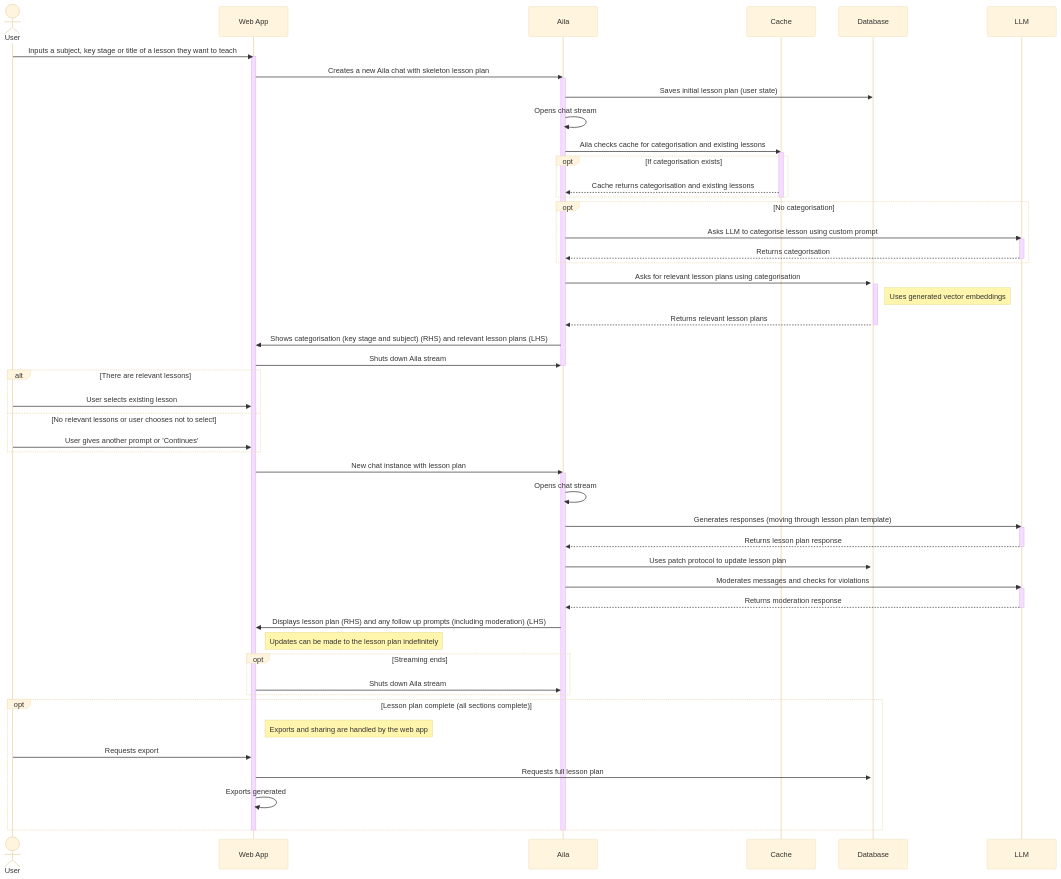
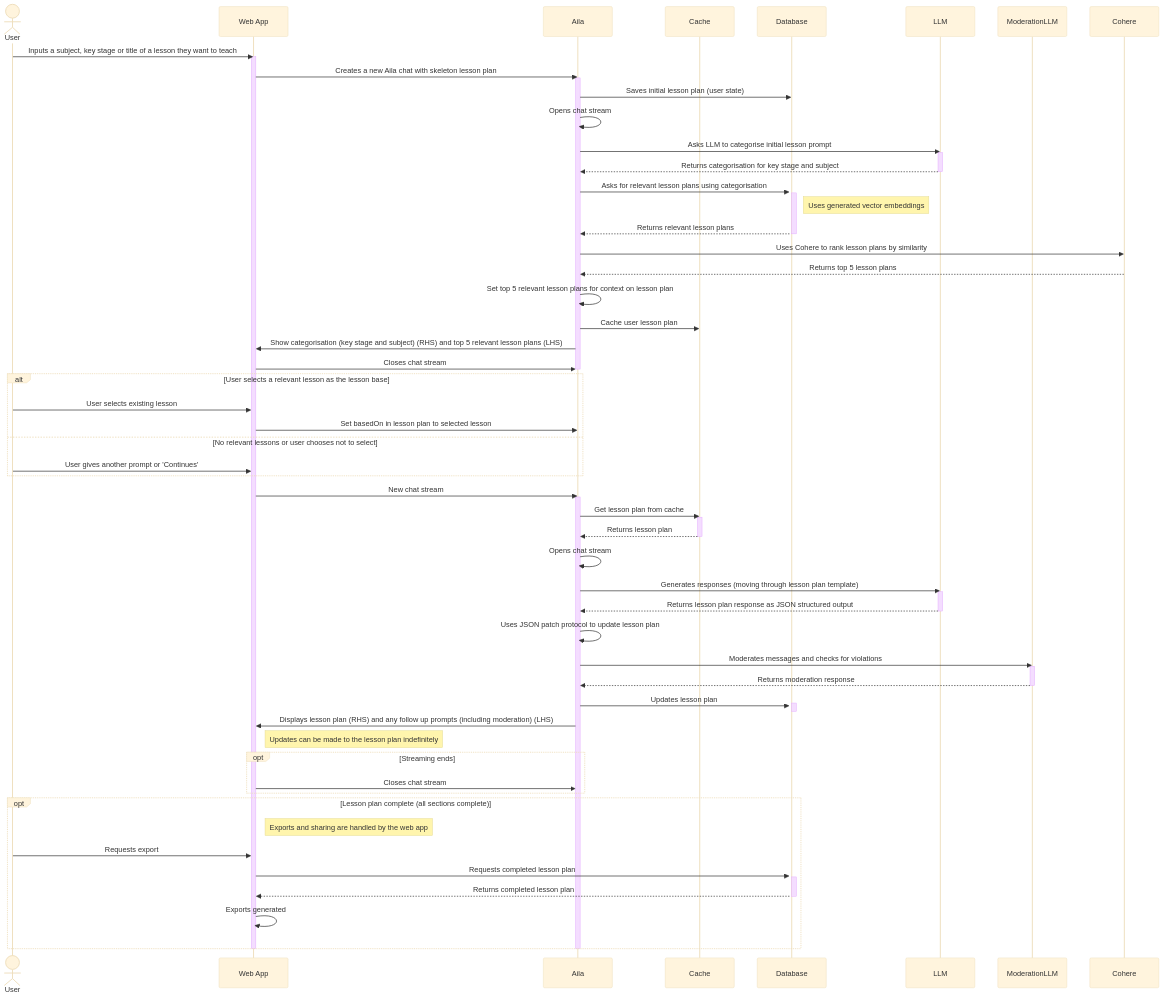
Before and after one commit to oaknational/oak-ai-lesson-assistant: the diagram in docs/diagrams/chat-sequence.md, drawn with Mermaid (base theme).

Commit message:
docs: update chat sequence diagram (#198)

````diff
--- a/docs/diagrams/chat-sequence.md
+++ b/docs/diagrams/chat-sequence.md
@@ -3,69 +3,76 @@
 ```mermaid
 	sequenceDiagram
 		actor User
 		participant Web App
 		participant Aila
 		participant Cache
 		participant db as Database
 		participant LLM
+        participant mod as ModerationLLM
+        participant Cohere
 
 	User->>Web App: Inputs a subject, key stage or title of a lesson they want to teach
 	activate Web App
 	Web App->>Aila: Creates a new Aila chat with skeleton lesson plan
 	activate Aila
 	Aila->>db: Saves initial lesson plan (user state)
 	Aila->>Aila: Opens chat stream
 	activate db
-	Aila->>Cache: Aila checks cache for categorisation and existing lessons
-	activate Cache
-	opt If categorisation exists
-	Cache-->>Aila: Cache returns categorisation and existing lessons
-	end
-	deactivate Cache
-	opt No categorisation
-		Aila->>LLM: Asks LLM to categorise lesson using custom prompt
-		activate LLM
-		LLM-->>Aila: Returns categorisation
-		deactivate LLM
-	end
+    Aila->>LLM: Asks LLM to categorise initial lesson prompt
+    activate LLM
+    LLM-->>Aila: Returns categorisation for key stage and subject
+    deactivate LLM
 	Aila->>db: Asks for relevant lesson plans using categorisation
 	activate db
 	Note right of db: Uses generated vector embeddings
 	db-->>Aila: Returns relevant lesson plans
-	deactivate db
-	Aila->>Web App: Shows categorisation (key stage and subject) (RHS) and relevant lesson plans (LHS)
-	Web App->>Aila: Shuts down Aila stream
+    deactivate db
+    Aila->>Cohere: Uses Cohere to rank lesson plans by similarity
+    Cohere-->>Aila: Returns top 5 lesson plans
+    Aila->>Aila: Set top 5 relevant lesson plans for context on lesson plan
+    Aila->>Cache: Cache user lesson plan
+	Aila->>Web App: Show categorisation (key stage and subject) (RHS) and top 5 relevant lesson plans (LHS)
+	Web App->>Aila: Closes chat stream
 	deactivate Aila
-	alt There are relevant lessons
+	alt User selects a relevant lesson as the lesson base
 		User->>Web App: User selects existing lesson
+        Web App->>Aila: Set basedOn in lesson plan to selected lesson
 	else No relevant lessons or user chooses not to select
 		User->>Web App: User gives another prompt or 'Continues'
 	end
-	Web App->>Aila: New chat instance with lesson plan
+	Web App->>Aila: New chat stream
 	activate Aila
+    Aila->>Cache: Get lesson plan from cache
+    activate Cache
+    Cache-->>Aila: Returns lesson plan
+    deactivate Cache
 	Aila->>Aila: Opens chat stream
 	Aila->>LLM: Generates responses (moving through lesson plan template)
 	activate LLM
-	LLM-->>Aila: Returns lesson plan response
+	LLM-->>Aila: Returns lesson plan response as JSON structured output
 	deactivate LLM
-	Aila->>db: Uses patch protocol to update lesson plan
-	activate db
-	Aila->>LLM: Moderates messages and checks for violations
-	activate LLM
-	LLM-->>Aila: Returns moderation response
-	deactivate LLM
+	Aila->>Aila: Uses JSON patch protocol to update lesson plan
+	Aila->>mod: Moderates messages and checks for violations
+	activate mod
+	mod-->>Aila: Returns moderation response
+	deactivate mod
+    Aila->>db: Updates lesson plan
+    activate db
+    deactivate db
 	Aila->>Web App: Displays lesson plan (RHS) and any follow up prompts (including moderation) (LHS)
 	Note right of Web App: Updates can be made to the lesson plan indefinitely
 	opt Streaming ends
-	Web App->>Aila: Shuts down Aila stream
+	Web App->>Aila: Closes chat stream
 	end
 	opt Lesson plan complete (all sections complete)
 	Note right of Web App: Exports and sharing are handled by the web app
 	User->>Web App: Requests export
-	Web App->>db: Requests full lesson plan
+	Web App->>db: Requests completed lesson plan
 	activate db
+    db-->>Web App: Returns completed lesson plan
+    deactivate db
 	Web App->>Web App: Exports generated
 	end
 	deactivate Aila
 	deactivate Web App
 ```
````
